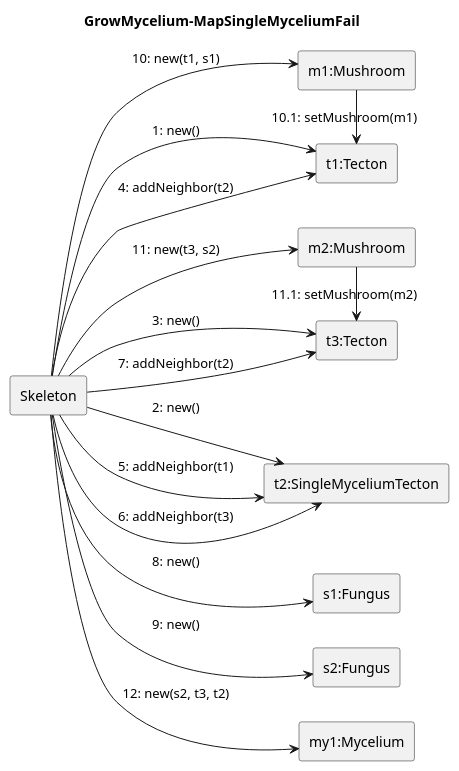
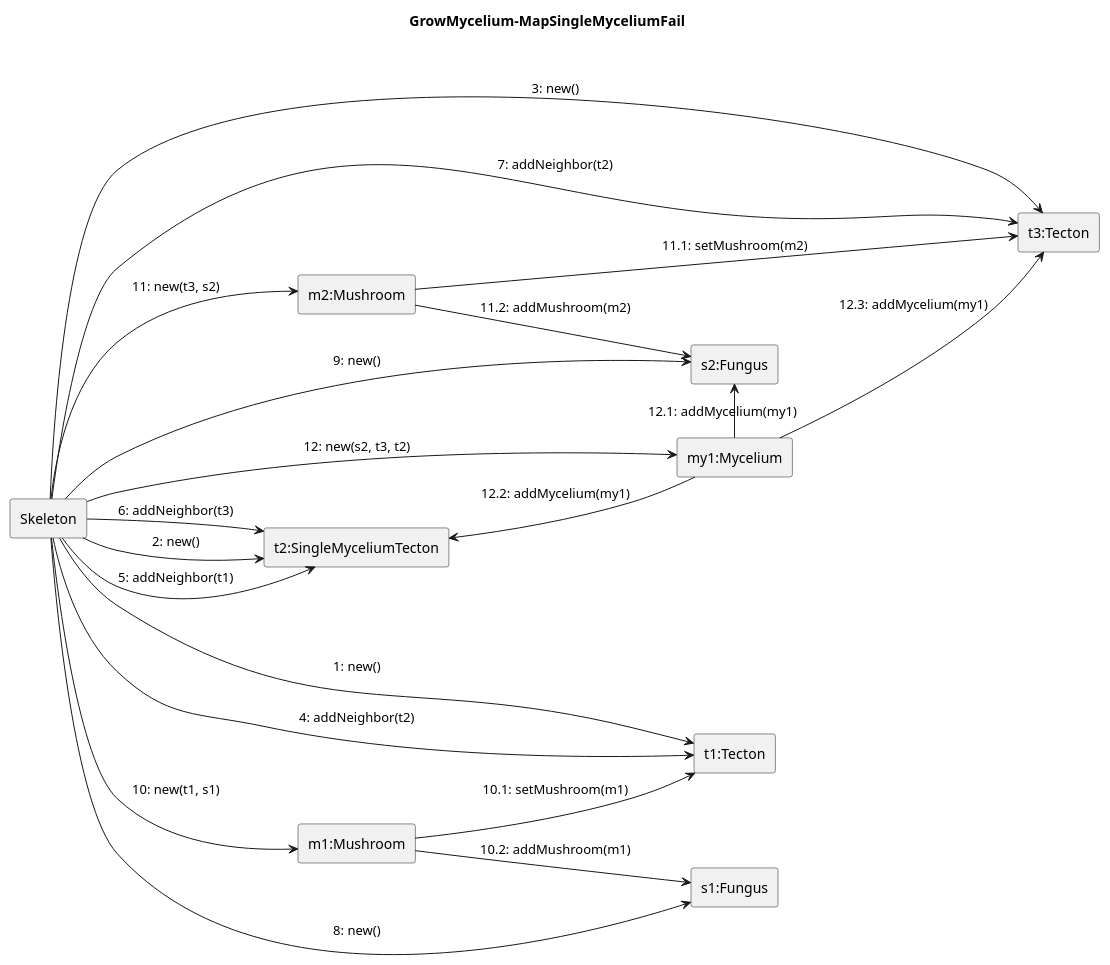
The diagram in Skeleton/Grow-mycelium/map-singlemycelium-fail.pu (ZD4ve/projlab-error521), drawn with PlantUML before and after one commit. The commit also changed 7 other files, not shown here.

```diff
--- a/Skeleton/Grow-mycelium/map-singlemycelium-fail.pu
+++ b/Skeleton/Grow-mycelium/map-singlemycelium-fail.pu
@@ -1,31 +1,40 @@
 @startuml Grow-mycelium/map-singlemycelium-fail 
 left to right direction
 title GrowMycelium-MapSingleMyceliumFail
 
 rectangle Skeleton
 
 rectangle "t1:Tecton" as t1
 rectangle "t2:SingleMyceliumTecton" as t2
 rectangle "t3:Tecton" as t3
 rectangle "s1:Fungus" as s1
 rectangle "s2:Fungus" as s2
 rectangle "m1:Mushroom" as m1
 rectangle "m2:Mushroom" as m2
 rectangle "my1:Mycelium" as my1
 
+'create tectons
 Skeleton --> t1 : 1: new()
 Skeleton --> t2 : 2: new()
 Skeleton --> t3 : 3: new()
 Skeleton --> t1 : 4: addNeighbor(t2)
 Skeleton --> t2 : 5: addNeighbor(t1)
 Skeleton --> t2 : 6: addNeighbor(t3)
 Skeleton --> t3 : 7: addNeighbor(t2)
+'create species
 Skeleton --> s1 : 8: new()
 Skeleton --> s2 : 9: new()
+'create mushrooms
 Skeleton --> m1 : 10: new(t1, s1)
-m1 -> t1 : 10.1: setMushroom(m1)
+m1 --> t1 : 10.1: setMushroom(m1)
+m1 --> s1 : 10.2: addMushroom(m1)
 Skeleton --> m2 : 11: new(t3, s2)
-m2 -> t3 : 11.1: setMushroom(m2)
+m2 --> t3 : 11.1: setMushroom(m2)
+m2 --> s2 : 11.2: addMushroom(m2)
+'add mycelium
 Skeleton --> my1 : 12: new(s2, t3, t2)
+my1 -left-> s2 : 12.1: addMycelium(my1)
+my1 -left-> t2 : 12.2: addMycelium(my1)
+my1 --> t3 : 12.3: addMycelium(my1)
 
 @enduml
```
